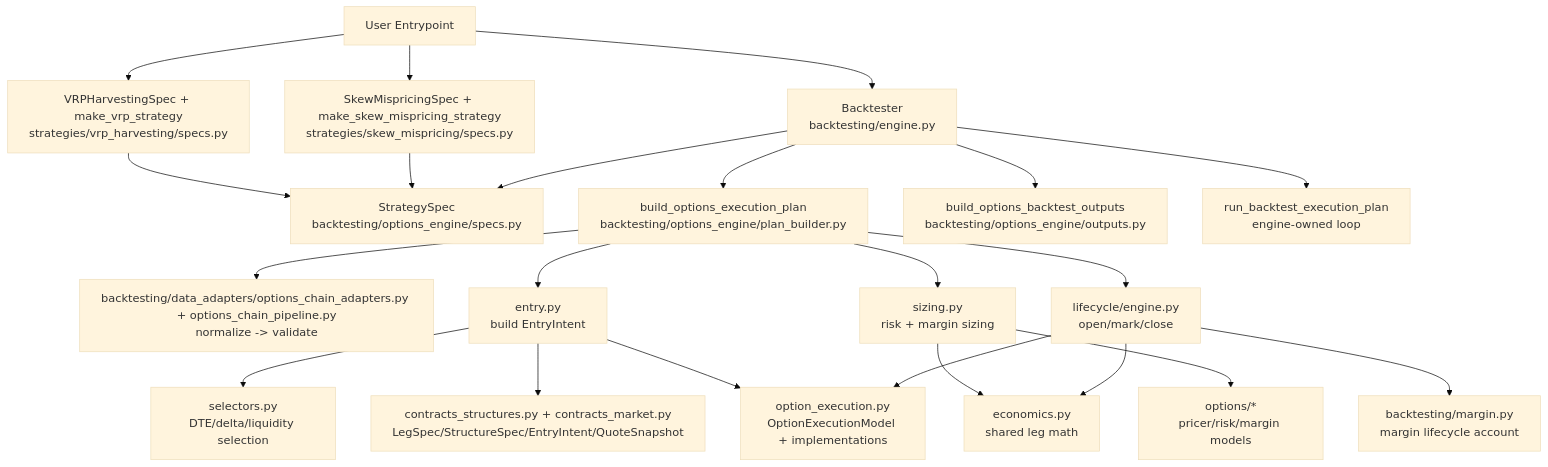
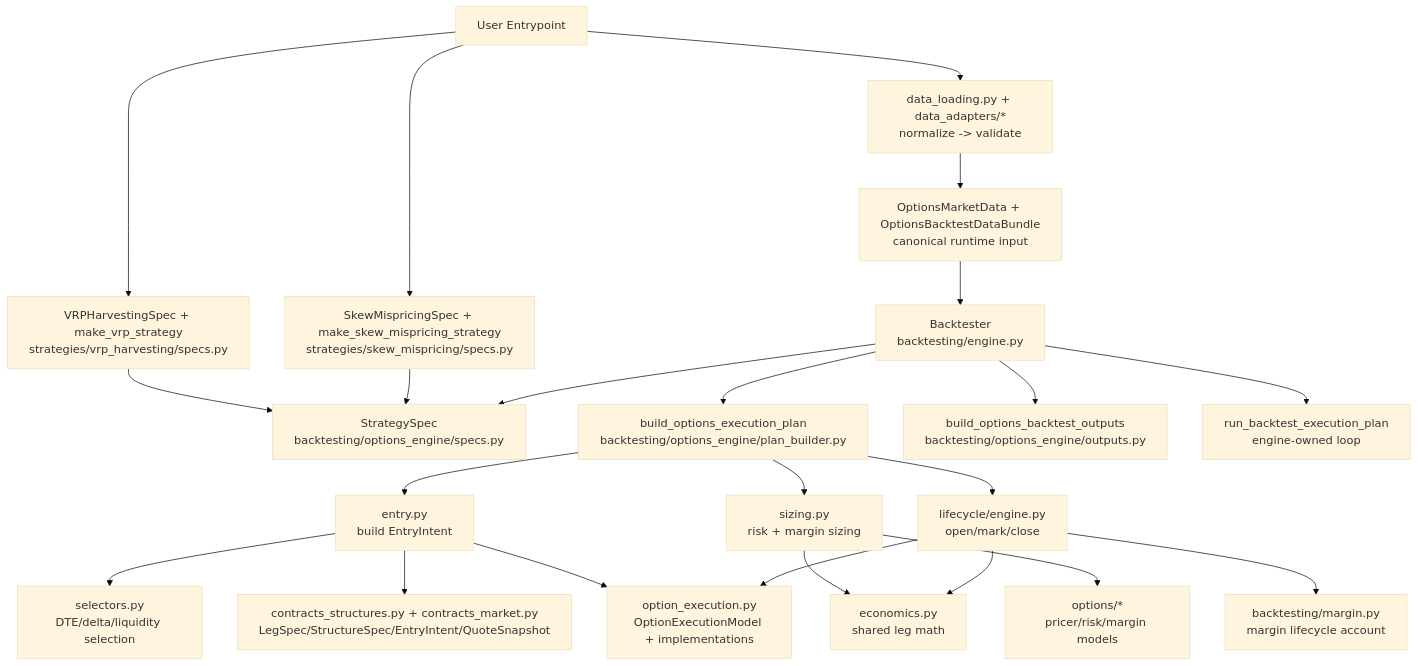
The first of 3 diagrams in docs/reference/backtesting/architecture_overview.md (anthonymakarewicz/volatility-trading), drawn with Mermaid (base theme) before and after one commit. The commit also changed other lines of this file and 5 other files, not shown here.

First line of the commit message:
docs: align backtesting architecture, workflows, and contributor guidance (#27)

````diff
--- a/docs/reference/backtesting/architecture_overview.md
+++ b/docs/reference/backtesting/architecture_overview.md
@@ -31,25 +31,26 @@
 ```mermaid
 flowchart TD
-    A[User Entrypoint] --> B[Backtester<br/>backtesting/engine.py]
+    A[User Entrypoint] --> A0[data_loading.py + data_adapters/*<br/>normalize -> validate]
+    A0 --> A1[OptionsMarketData + OptionsBacktestDataBundle<br/>canonical runtime input]
+    A1 --> B[Backtester<br/>backtesting/engine.py]
     A --> C[VRPHarvestingSpec + make_vrp_strategy<br/>strategies/vrp_harvesting/specs.py]
     A --> C2[SkewMispricingSpec + make_skew_mispricing_strategy<br/>strategies/skew_mispricing/specs.py]
     C --> D[StrategySpec<br/>backtesting/options_engine/specs.py]
     C2 --> D
     B --> D
     B --> E[build_options_execution_plan<br/>backtesting/options_engine/plan_builder.py]
     B --> O[build_options_backtest_outputs<br/>backtesting/options_engine/outputs.py]
-    E --> A1[backtesting/data_adapters/options_chain_adapters.py + options_chain_pipeline.py<br/>normalize -> validate]
     E --> F[entry.py<br/>build EntryIntent]
     E --> G[sizing.py<br/>risk + margin sizing]
     E --> H[lifecycle/engine.py<br/>open/mark/close]
     B --> I[run_backtest_execution_plan<br/>engine-owned loop]
 
     F --> J[selectors.py<br/>DTE/delta/liquidity selection]
     F --> K[contracts_structures.py + contracts_market.py<br/>LegSpec/StructureSpec/EntryIntent/QuoteSnapshot]
     G --> N[economics.py<br/>shared leg math]
     H --> N
     F --> X[option_execution.py<br/>OptionExecutionModel + implementations]
     H --> X
     G --> L[options/*<br/>pricer/risk/margin models]
     H --> M[backtesting/margin.py<br/>margin lifecycle account]
 ```
````
